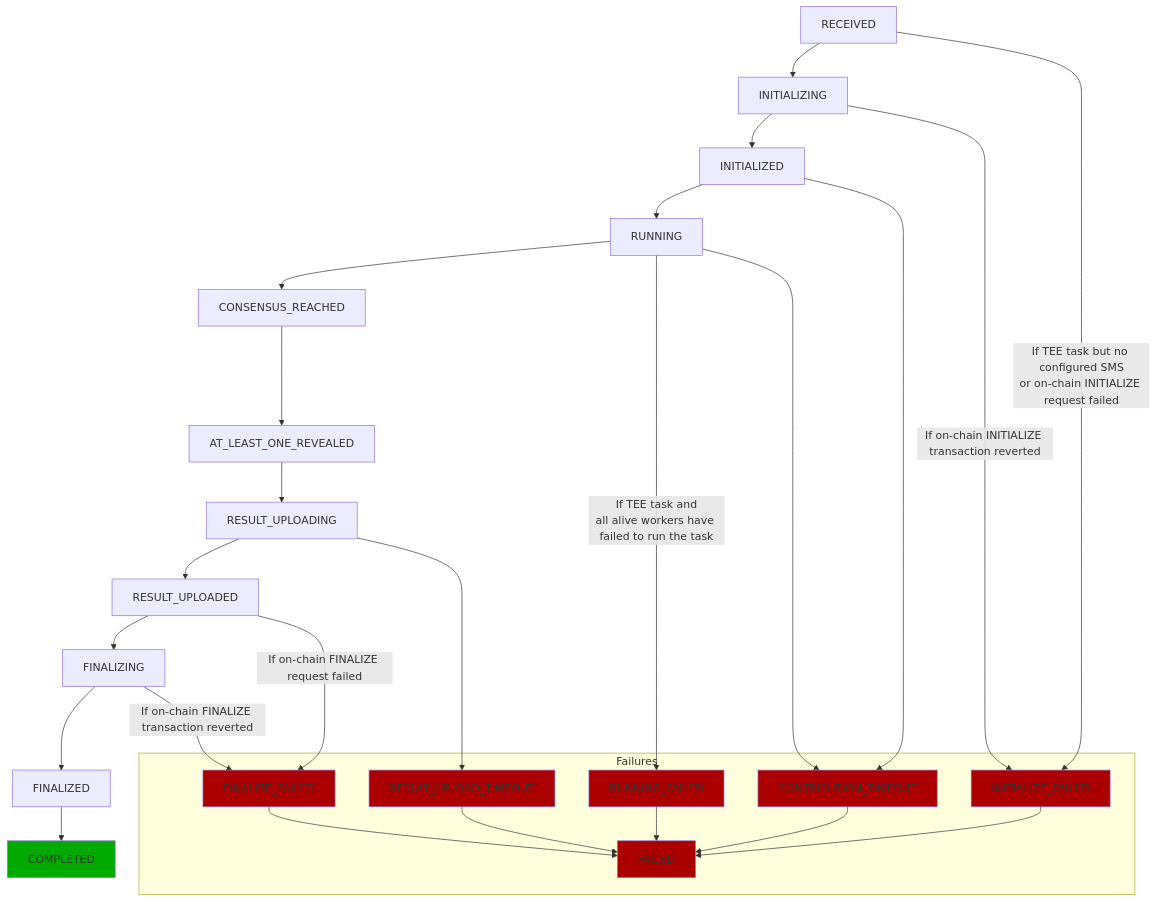
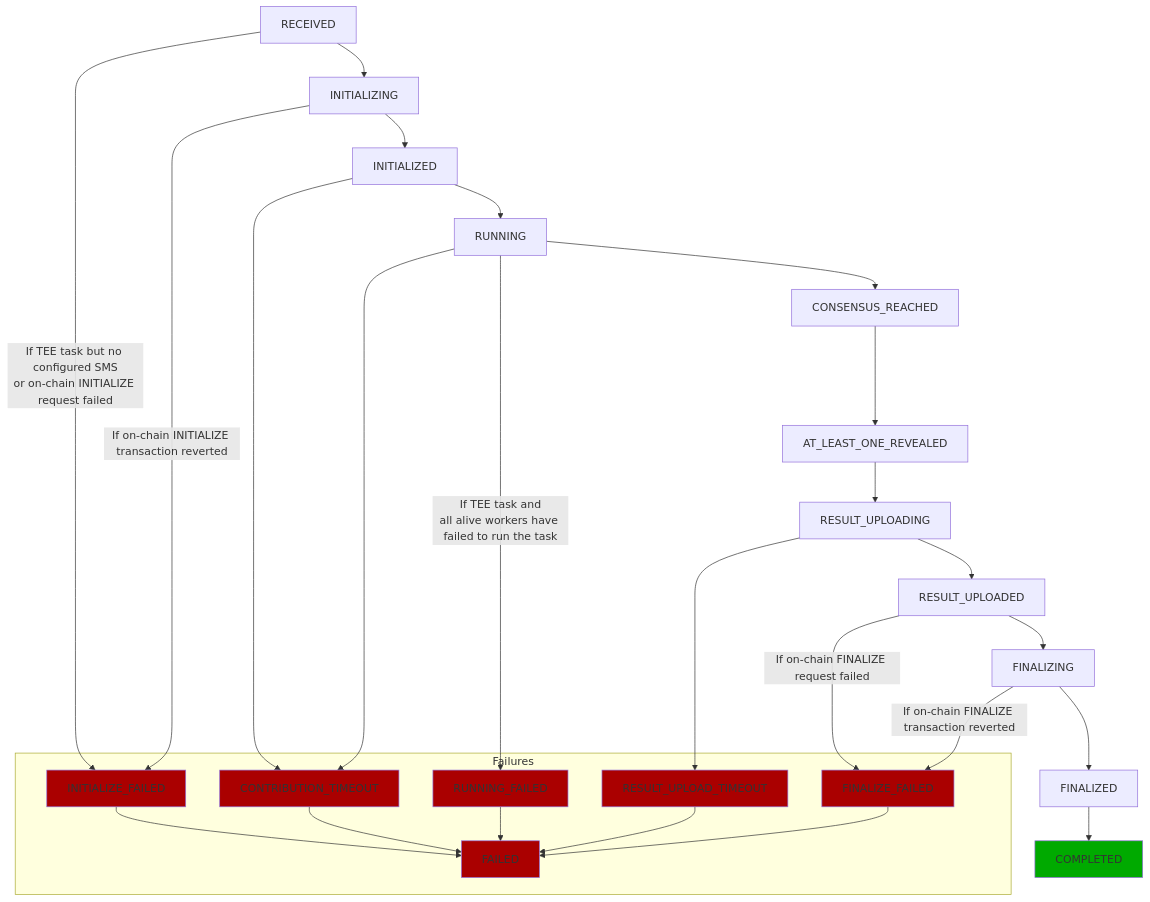
One commit to iExecBlockchainComputing/documentation changed the first of 2 diagrams in for-developers/advanced/task-feedback.md. Above: the diagram before and after it, drawn with Mermaid.

Commit message:
Permute failures and successes in task statuses workflow

````diff
--- a/for-developers/advanced/task-feedback.md
+++ b/for-developers/advanced/task-feedback.md
@@ -57,48 +57,47 @@
 ```mermaid
 flowchart
 
-%%% Usual flow
-
-RECEIVED --> INITIALIZING
-INITIALIZING --> INITIALIZED
-INITIALIZED --> RUNNING
-RUNNING --> CONSENSUS_REACHED
-CONSENSUS_REACHED --> AT_LEAST_ONE_REVEALED
-AT_LEAST_ONE_REVEALED --> RESULT_UPLOADING
-RESULT_UPLOADING --> RESULT_UPLOADED
-RESULT_UPLOADED --> FINALIZING
-FINALIZING --> FINALIZED
-FINALIZED --> COMPLETED:::completed
-
-%%% Failures
+%% Failures
 
 RECEIVED -- If TEE task but no configured SMS\nor on-chain INITIALIZE request failed --> INITIALIZE_FAILED
 INITIALIZING -- If on-chain INITIALIZE transaction reverted --> INITIALIZE_FAILED
 INITIALIZED --> CONTRIBUTION_TIMEOUT
+RUNNING --> CONTRIBUTION_TIMEOUT
 RUNNING -- If TEE task and\nall alive workers have failed to run the task --> RUNNING_FAILED
-RUNNING --> CONTRIBUTION_TIMEOUT
 RESULT_UPLOADING --> RESULT_UPLOAD_TIMEOUT
 RESULT_UPLOADED -- If on-chain FINALIZE request failed --> FINALIZE_FAILED
 FINALIZING -- If on-chain FINALIZE transaction reverted  --> FINALIZE_FAILED
 
 INITIALIZE_FAILED --> FAILED
 RUNNING_FAILED --> FAILED
 CONTRIBUTION_TIMEOUT --> FAILED
 RESULT_UPLOAD_TIMEOUT --> FAILED
 FINALIZE_FAILED --> FAILED
 
 subgraph Failures
     INITIALIZE_FAILED:::failure
     RUNNING_FAILED:::failure
     CONTRIBUTION_TIMEOUT:::failure
     RESULT_UPLOAD_TIMEOUT:::failure
     FINALIZE_FAILED:::failure
 
     FAILED:::failure
 end
 
+%% Usual flow
+
+RECEIVED --> INITIALIZING
+INITIALIZING --> INITIALIZED
+INITIALIZED --> RUNNING
+RUNNING --> CONSENSUS_REACHED
+CONSENSUS_REACHED --> AT_LEAST_ONE_REVEALED
+AT_LEAST_ONE_REVEALED --> RESULT_UPLOADING
+RESULT_UPLOADING --> RESULT_UPLOADED
+RESULT_UPLOADED --> FINALIZING
+FINALIZING --> FINALIZED
+FINALIZED --> COMPLETED:::completed
 
 %% Style definitions
 classDef failure fill:#a00
 classDef completed fill:#0a0
 ```
````
